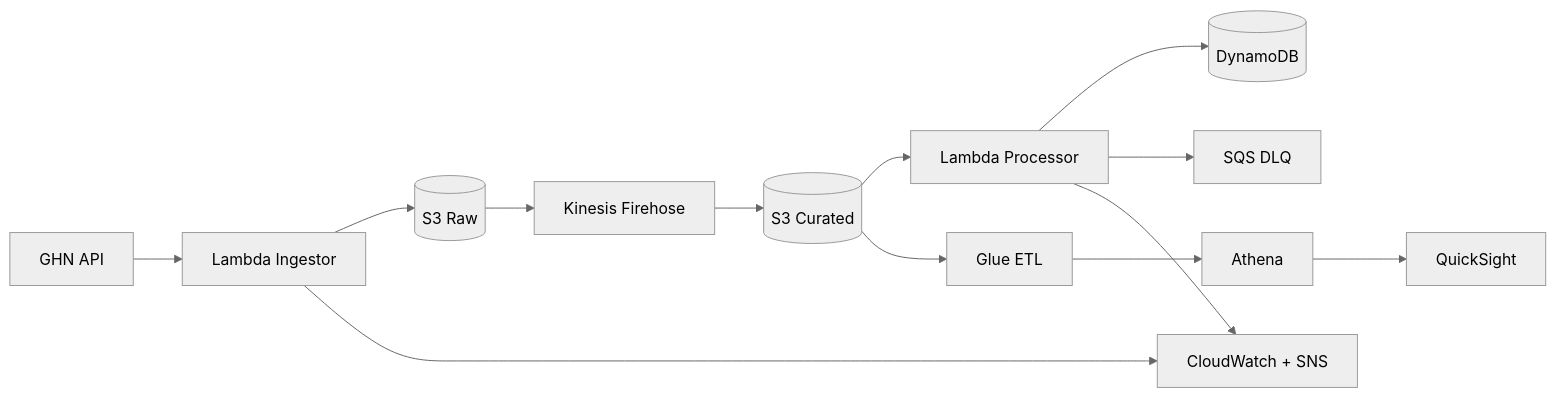
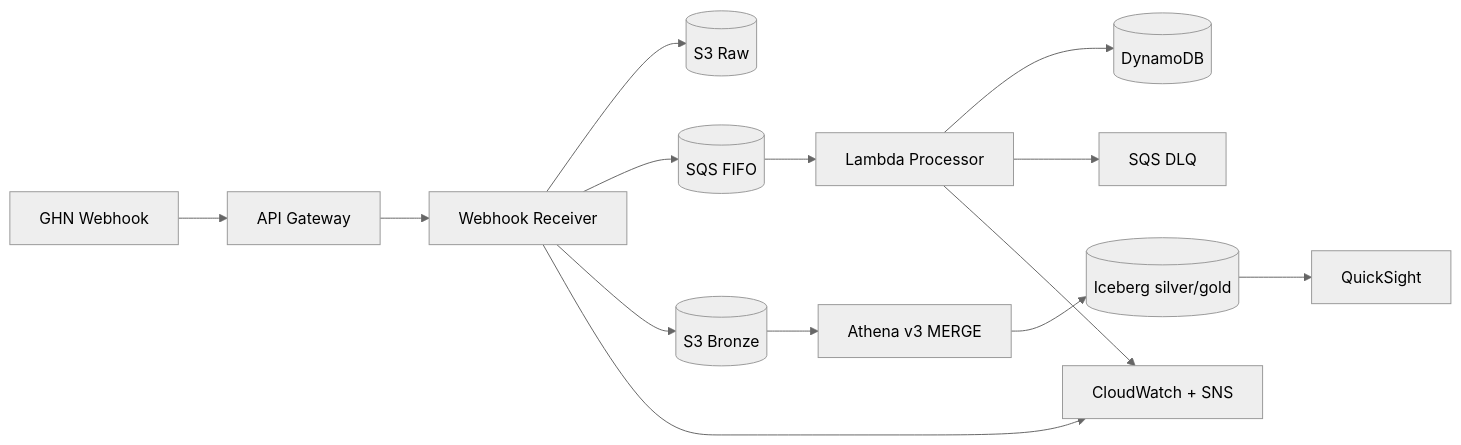
Before and after one commit to nguyendinhtanloc-Org/aws-workshop: the diagram in README.md, drawn with Mermaid (neutral theme). The commit also changed other lines of this file and 2 other files, not shown here.

Commit message:
docs: align architecture diagrams with webhook-first and iceberg v5.0

````diff
--- a/README.md
+++ b/README.md
@@ -8,15 +8,16 @@
 ```mermaid
 flowchart LR
-  API[GHN API] --> ING[Lambda Ingestor]
-  ING --> RAW[(S3 Raw)]
-  RAW --> FH[Kinesis Firehose]
-  FH --> CUR[(S3 Curated)]
-  CUR --> PROC[Lambda Processor]
+  WH[GHN Webhook] --> APIGW[API Gateway]
+  APIGW --> RECV[Webhook Receiver]
+  RECV --> RAW[(S3 Raw)]
+  RECV --> FIFO[("SQS FIFO")]
+  RECV --> BRZ[(S3 Bronze)]
+  FIFO --> PROC[Lambda Processor]
   PROC --> DDB[(DynamoDB)]
   PROC --> DLQ[SQS DLQ]
-  CUR --> GLUE[Glue ETL]
-  GLUE --> ATH[Athena]
-  ATH --> QS[QuickSight]
-  ING --> CW[CloudWatch + SNS]
+  BRZ --> MERGE[Athena v3 MERGE]
+  MERGE --> SIL[(Iceberg silver/gold)]
+  SIL --> QS[QuickSight]
+  RECV --> CW[CloudWatch + SNS]
   PROC --> CW
 ```
````
